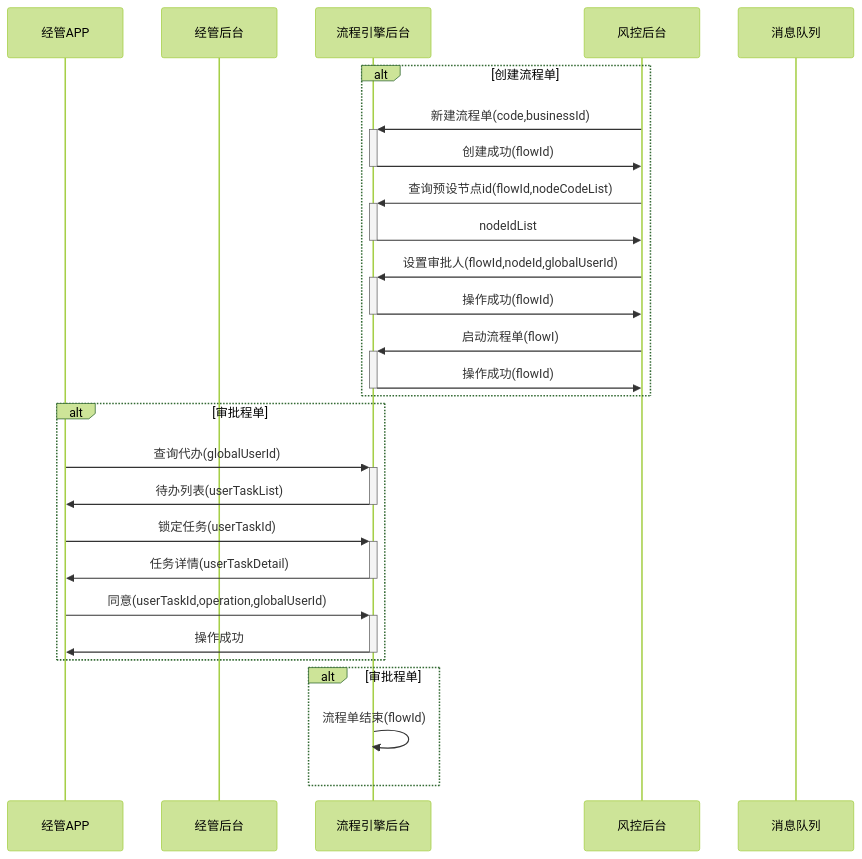
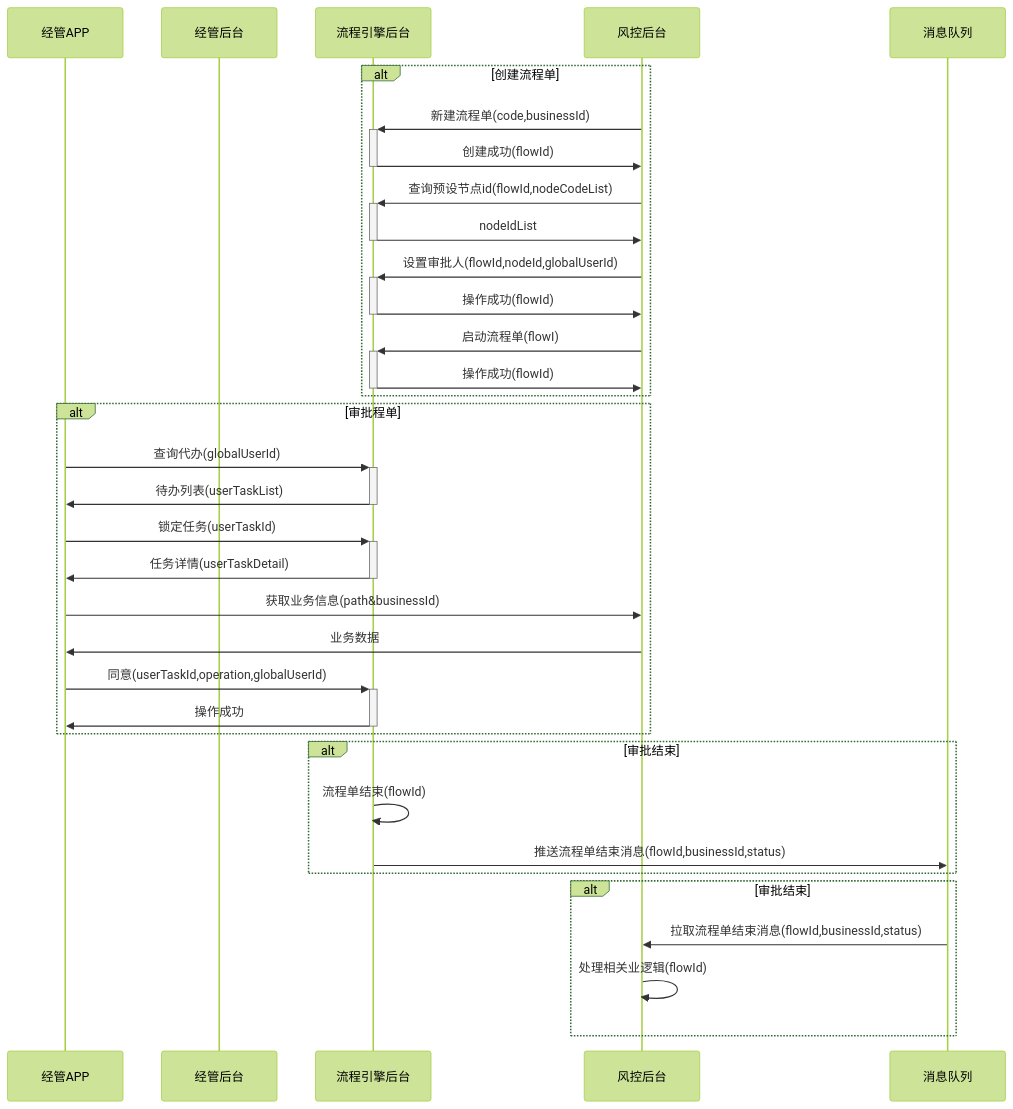
The diagram in workr/流程引擎对接.md (jianweizhang/work-md), drawn with Mermaid (forest theme) before and after one commit.

````diff
--- a/workr/流程引擎对接.md
+++ b/workr/流程引擎对接.md
@@ -1,32 +1,40 @@
 ```mermaid
 sequenceDiagram
 participant a as 经管APP
 participant b as 经管后台
 participant c as 流程引擎后台
 participant d as 风控后台
 participant e as 消息队列
 
 alt 创建流程单
 d->>+c:新建流程单(code,businessId)
 c->>-d:创建成功(flowId)
 d->>+c:查询预设节点id(flowId,nodeCodeList)
 c->>-d:nodeIdList
 d->>+c:设置审批人(flowId,nodeId,globalUserId)
 c->>-d:操作成功(flowId)
 d->>+c:启动流程单(flowI)
 c->>-d:操作成功(flowId)
 end
 
 alt 审批程单
 a->>+c:查询代办(globalUserId)
 c->>-a:待办列表(userTaskList)
 a->>+c:锁定任务(userTaskId)
 c->>-a:任务详情(userTaskDetail)
+a->>d:获取业务信息(path&businessId)
+d->>a:业务数据
 a->>+c:同意(userTaskId,operation,globalUserId)
 c->>-a:操作成功
 end
 
-alt 审批程单
+alt 审批结束
 c->>c:流程单结束(flowId)
+c->>e:推送流程单结束消息(flowId,businessId,status)
+end
+
+alt 审批结束
+e->>d:拉取流程单结束消息(flowId,businessId,status)
+d->>d:处理相关业逻辑(flowId)
 end
 ```
````
